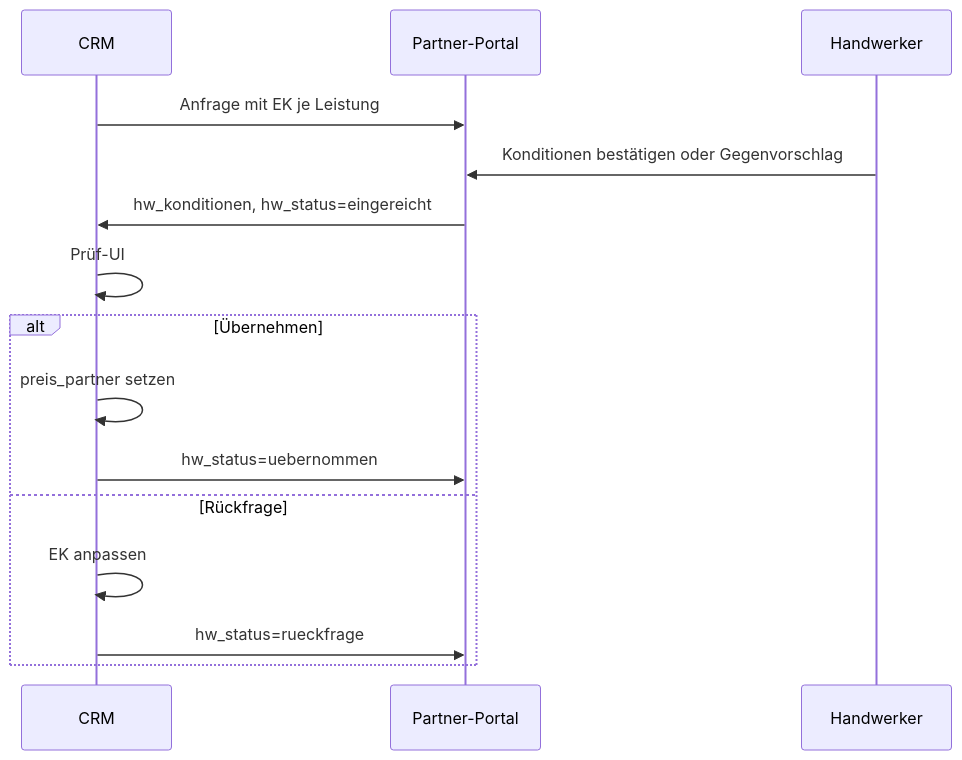
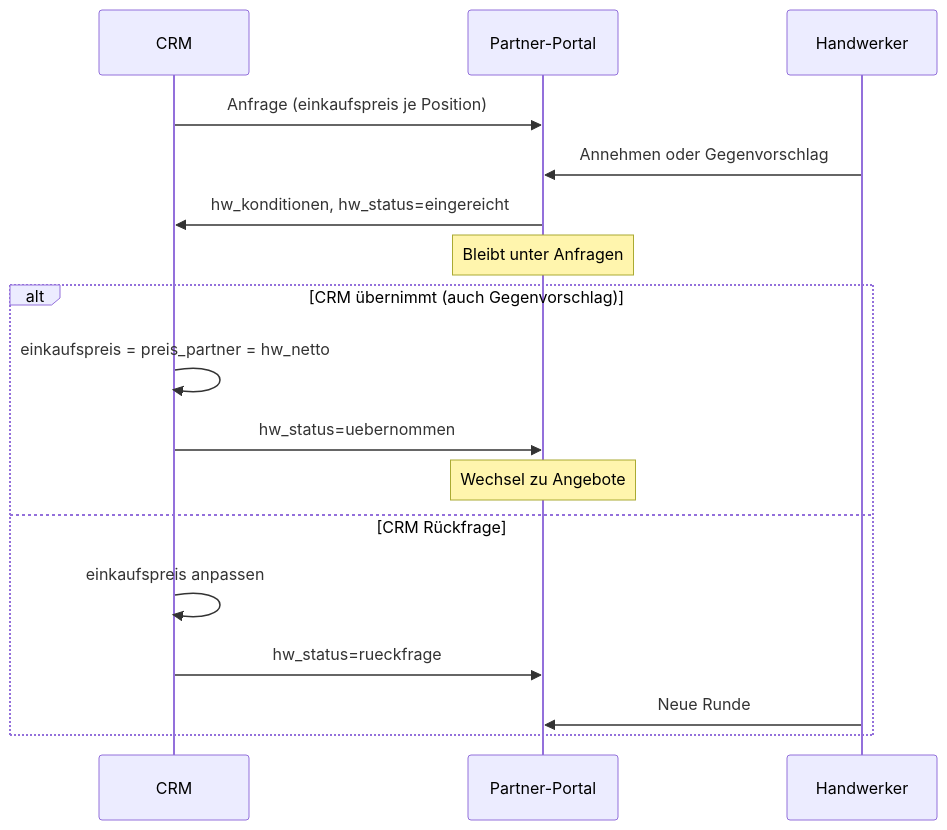
The diagram in docs/KONDITIONEN_CRM_HANDOFF.md (masdjedibelal-dotcom/baerenwald), drawn with Mermaid before and after one commit. The commit also changed other lines of this file and 19 other files, not shown here.

````diff
--- a/docs/KONDITIONEN_CRM_HANDOFF.md
+++ b/docs/KONDITIONEN_CRM_HANDOFF.md
@@ -113,18 +225,21 @@
 ```mermaid
 sequenceDiagram
   participant CRM
   participant Portal as Partner-Portal
   participant HW as Handwerker
 
-  CRM->>Portal: Anfrage mit EK je Leistung
-  HW->>Portal: Konditionen bestätigen oder Gegenvorschlag
+  CRM->>Portal: Anfrage (einkaufspreis je Position)
+  HW->>Portal: Annehmen oder Gegenvorschlag
   Portal->>CRM: hw_konditionen, hw_status=eingereicht
-  CRM->>CRM: Prüf-UI
-  alt Übernehmen
-    CRM->>CRM: preis_partner setzen
+  Note over Portal: Bleibt unter Anfragen
+
+  alt CRM übernimmt (auch Gegenvorschlag)
+    CRM->>CRM: einkaufspreis = preis_partner = hw_netto
     CRM->>Portal: hw_status=uebernommen
-  else Rückfrage
-    CRM->>CRM: EK anpassen
+    Note over Portal: Wechsel zu Angebote
+  else CRM Rückfrage
+    CRM->>CRM: einkaufspreis anpassen
     CRM->>Portal: hw_status=rueckfrage
+    HW->>Portal: Neue Runde
   end
 ```
````
